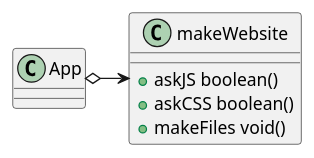
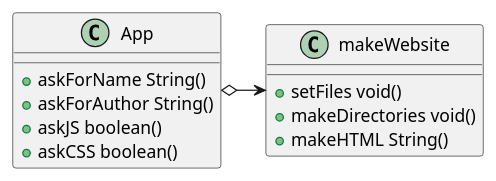
One commit to ZacharyN89/nowicki-cop3330-assignment3 changed the diagram in src/main/java/ex43/ex43.puml. Above: the diagram before and after it, drawn with PlantUML. The commit also changed 3 other files, not shown here.

```diff
--- a/src/main/java/ex43/ex43.puml
+++ b/src/main/java/ex43/ex43.puml
@@ -1,14 +1,18 @@
 @startuml
 'https://plantuml.com/sequence-diagram
 
 class App{
+    + askForName String()
+    + askForAuthor String()
+    + askJS boolean()
+    + askCSS boolean()
 }
 
 class makeWebsite{
-    + askJS boolean()
-    + askCSS boolean()
-    + makeFiles void()
+    + setFiles void()
+    + makeDirectories void()
+    + makeHTML String()
 }
 
 App o-> makeWebsite
 @enduml
```
